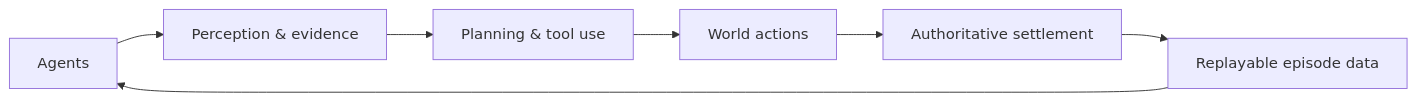
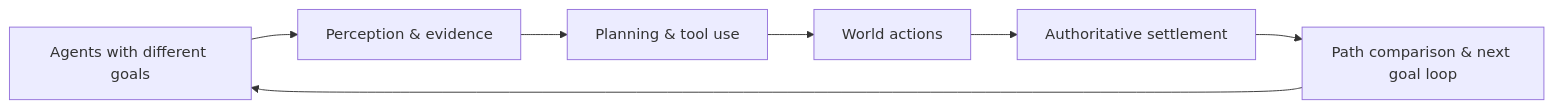
The second of 2 diagrams in README.md (tonyhyworld/TraceArena), drawn with Mermaid before and after one commit. The commit also changed other lines of this file and 5 other files, not shown here.

````diff
--- a/README.md
+++ b/README.md
@@ -30,9 +55,9 @@
 ```mermaid
 flowchart LR
-  A[Agents] --> B[Perception & evidence]
+  A[Agents with different goals] --> B[Perception & evidence]
   B --> C[Planning & tool use]
   C --> D[World actions]
   D --> E[Authoritative settlement]
-  E --> F[Replayable episode data]
+  E --> F[Path comparison & next goal loop]
   F --> A
 ```
````
